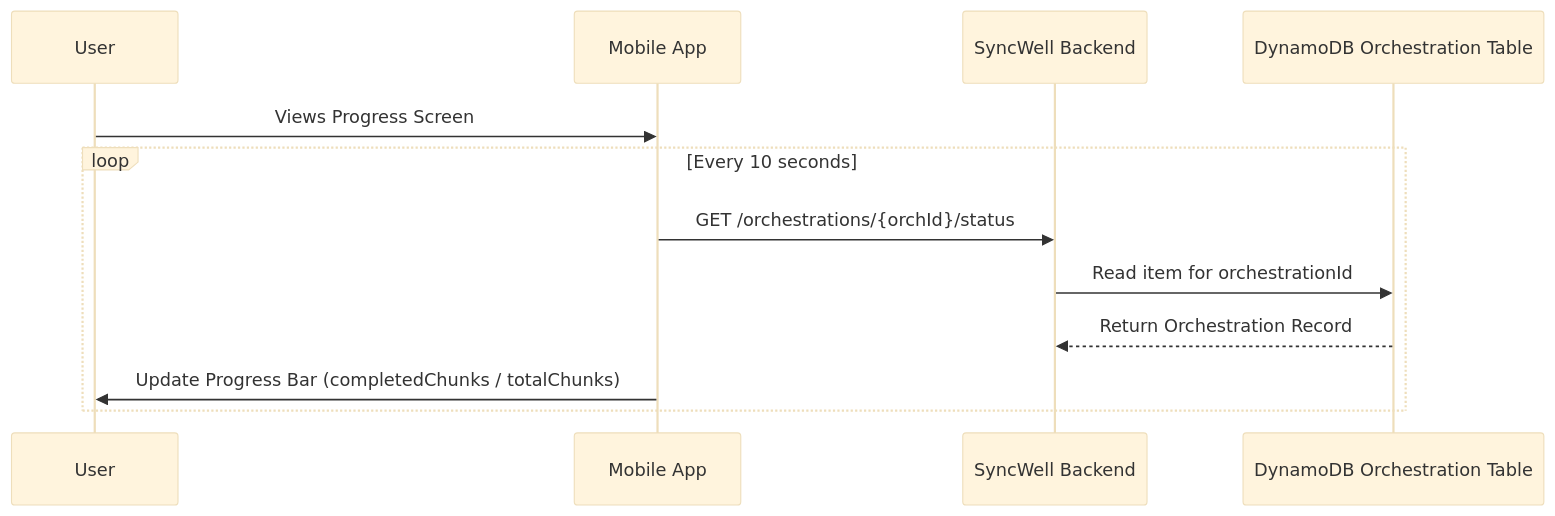
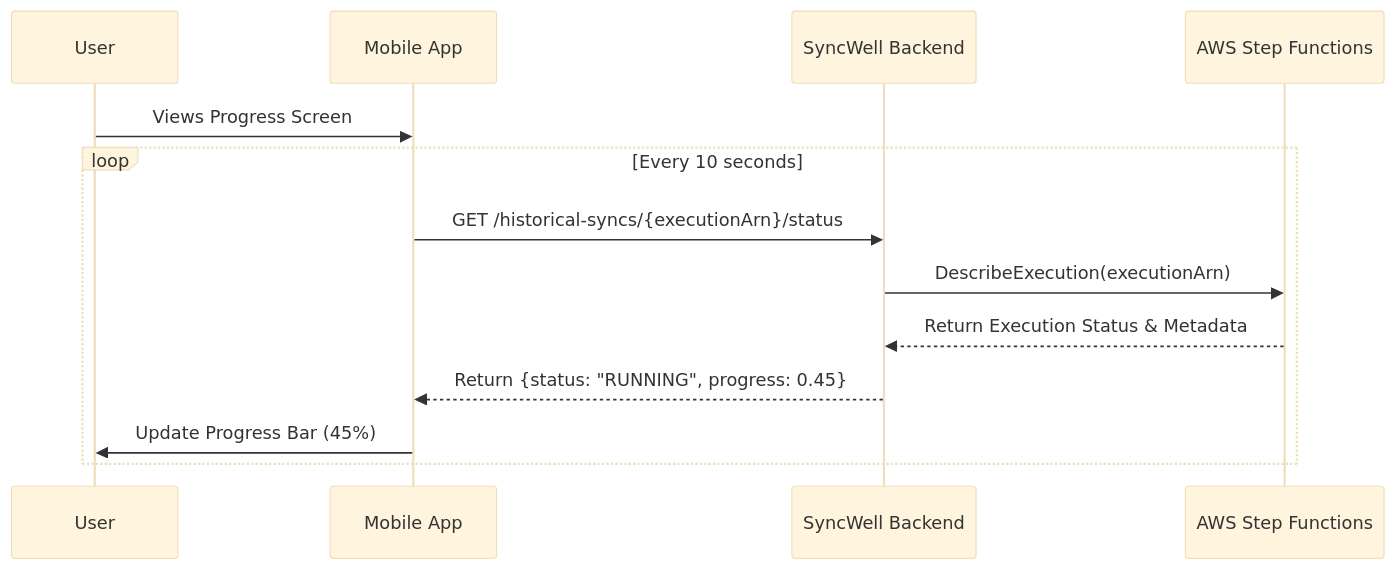
Before and after one commit to dino10bit/healthsync: the second of 2 diagrams in 31-historical-data.md, drawn with Mermaid (base theme). The commit also changed other lines of this file and 4 other files, not shown here.

First line of the commit message:
Harmonize all PRD documents to align with a single AWS-native serverless architecture.

````diff
--- a/31-historical-data.md
+++ b/31-historical-data.md
@@ -107,15 +69,16 @@
 ```mermaid
 sequenceDiagram
     participant User
     participant MobileApp as Mobile App
     participant Backend as SyncWell Backend
-    participant DB as DynamoDB Orchestration Table
+    participant StepFunctions as AWS Step Functions
 
     User->>MobileApp: Views Progress Screen
     loop Every 10 seconds
-        MobileApp->>Backend: GET /orchestrations/{orchId}/status
-        Backend->>DB: Read item for orchestrationId
-        DB-->>Backend: Return Orchestration Record
-        MobileApp->>User: Update Progress Bar (completedChunks / totalChunks)
+        MobileApp->>Backend: GET /historical-syncs/{executionArn}/status
+        Backend->>StepFunctions: DescribeExecution(executionArn)
+        StepFunctions-->>Backend: Return Execution Status & Metadata
+        Backend-->>MobileApp: Return {status: "RUNNING", progress: 0.45}
+        MobileApp->>User: Update Progress Bar (45%)
     end
 ```
````
